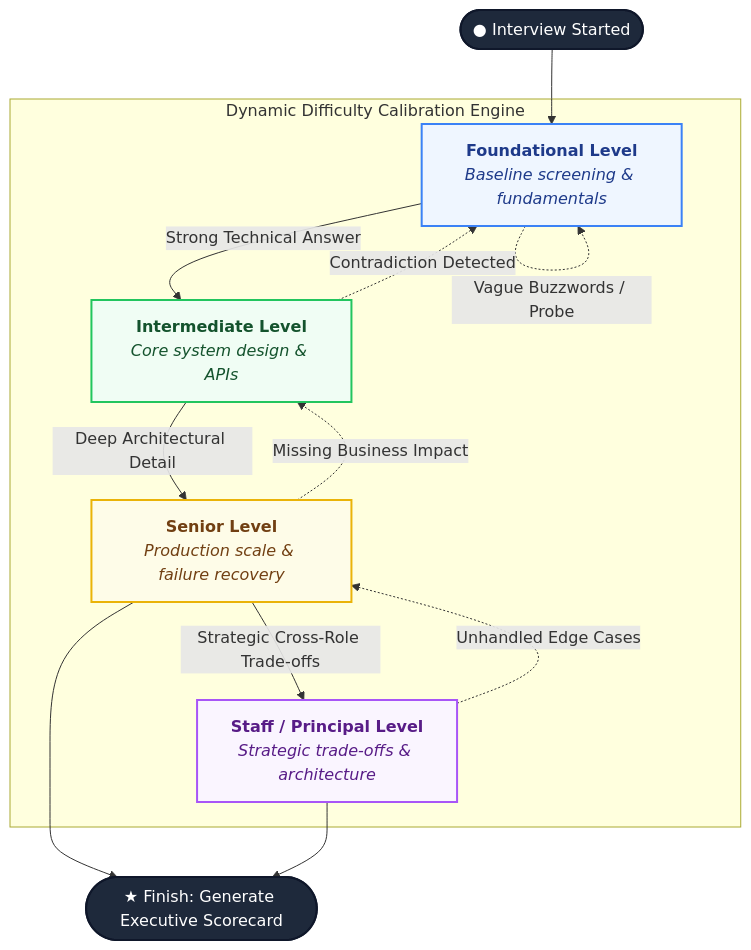
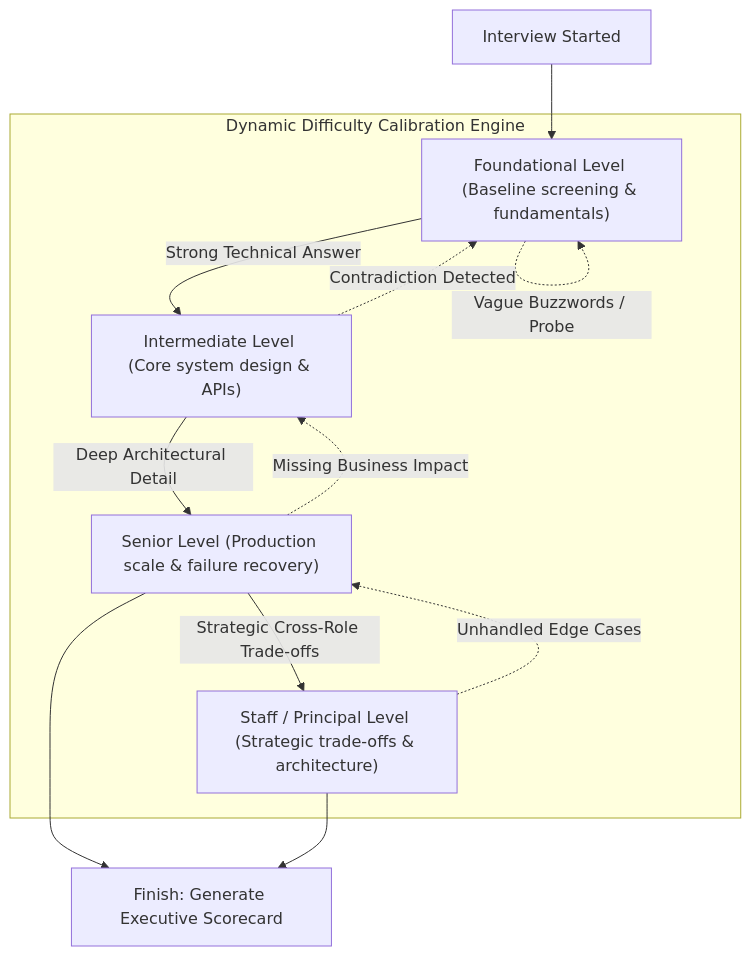
Before and after one commit to RiyanshiVerma-11/Vocalis-AI: the fourth of 6 diagrams in README.md, drawn with Mermaid. The commit also changed other lines of this file and 31 other files, not shown here.

````diff
--- a/README.md
+++ b/README.md
@@ -285,37 +289,25 @@
 ```mermaid
 flowchart TD
-    Start([● Interview Started]) --> Foundational
+    Start["Interview Started"] --> Foundational
 
     subgraph Calibration ["Dynamic Difficulty Calibration Engine"]
-        Foundational["<b>Foundational Level</b><br/><i>Baseline screening & fundamentals</i>"]
-        Intermediate["<b>Intermediate Level</b><br/><i>Core system design & APIs</i>"]
-        Senior["<b>Senior Level</b><br/><i>Production scale & failure recovery</i>"]
-        Staff["<b>Staff / Principal Level</b><br/><i>Strategic trade-offs & architecture</i>"]
+        Foundational["Foundational Level (Baseline screening & fundamentals)"]
+        Intermediate["Intermediate Level (Core system design & APIs)"]
+        Senior["Senior Level (Production scale & failure recovery)"]
+        Staff["Staff / Principal Level (Strategic trade-offs & architecture)"]
     end
 
     Foundational -->|Strong Technical Answer| Intermediate
     Foundational -.->|Vague Buzzwords / Probe| Foundational
 
     Intermediate -->|Deep Architectural Detail| Senior
     Intermediate -.->|Contradiction Detected| Foundational
 
     Senior -->|Strategic Cross-Role Trade-offs| Staff
     Senior -.->|Missing Business Impact| Intermediate
 
     Staff -.->|Unhandled Edge Cases| Senior
 
-    Senior --> Finish([★ Finish: Generate Executive Scorecard])
+    Senior --> Finish["Finish: Generate Executive Scorecard"]
     Staff --> Finish
-
-    classDef foundational fill:#eff6ff,stroke:#3b82f6,stroke-width:2px,color:#1e3a8a;
-    classDef intermediate fill:#f0fdf4,stroke:#22c55e,stroke-width:2px,color:#14532d;
-    classDef senior fill:#fefce8,stroke:#eab308,stroke-width:2px,color:#713f12;
-    classDef staff fill:#faf5ff,stroke:#a855f7,stroke-width:2px,color:#581c87;
-    classDef terminal fill:#1e293b,stroke:#0f172a,stroke-width:2px,color:#ffffff;
-
-    class Foundational foundational;
-    class Intermediate intermediate;
-    class Senior senior;
-    class Staff staff;
-    class Start,Finish terminal;
 ```
````
